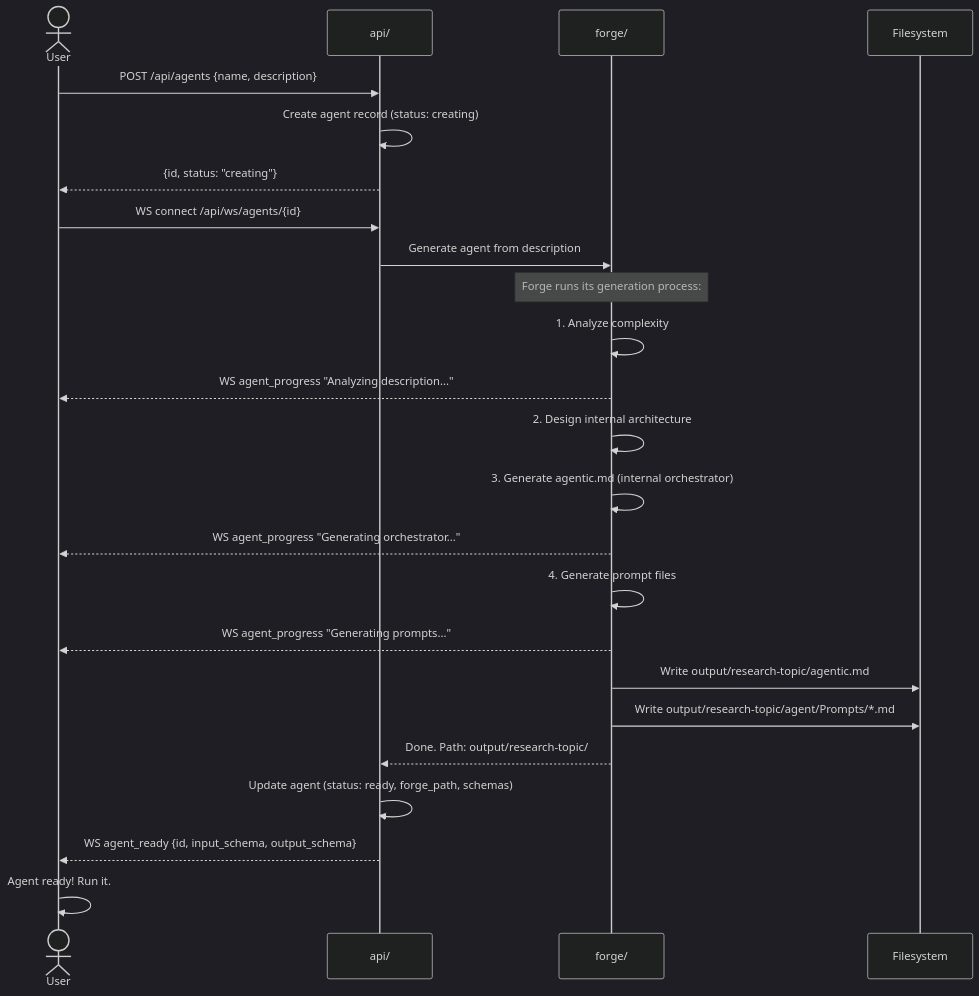
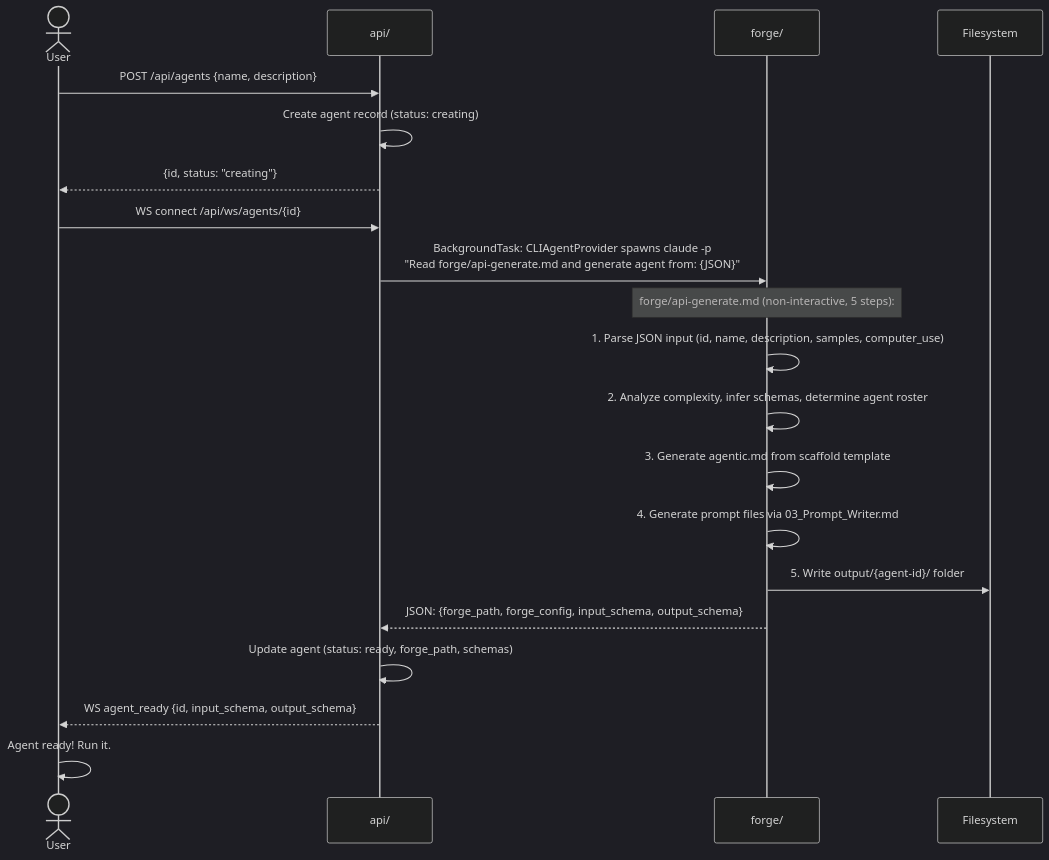
One commit to santiagomd11/Agent-Forge changed the sixth of 8 diagrams in api/docs/PHASE_A_AGENTS.md. Above: the diagram before and after it, drawn with Mermaid (dark theme). The commit also changed other lines of this file and 16 other files, not shown here.

First line of the commit message:
Add forge API integration: agent service, run execution, ID-based folders, and delete cleanup

````diff
--- a/api/docs/PHASE_A_AGENTS.md
+++ b/api/docs/PHASE_A_AGENTS.md
@@ -502,29 +514,25 @@
 ```mermaid
 sequenceDiagram
     actor User
     participant API as api/
     participant Forge as forge/
     participant FS as Filesystem
 
     User->>API: POST /api/agents {name, description}
     API->>API: Create agent record (status: creating)
     API-->>User: {id, status: "creating"}
     User->>API: WS connect /api/ws/agents/{id}
 
-    API->>Forge: Generate agent from description
-    Note over Forge: Forge runs its generation process:
-    Forge->>Forge: 1. Analyze complexity
-    Forge-->>User: WS agent_progress "Analyzing description..."
-    Forge->>Forge: 2. Design internal architecture
-    Forge->>Forge: 3. Generate agentic.md (internal orchestrator)
-    Forge-->>User: WS agent_progress "Generating orchestrator..."
-    Forge->>Forge: 4. Generate prompt files
-    Forge-->>User: WS agent_progress "Generating prompts..."
-    Forge->>FS: Write output/research-topic/agentic.md
-    Forge->>FS: Write output/research-topic/agent/Prompts/*.md
-    Forge-->>API: Done. Path: output/research-topic/
+    API->>Forge: BackgroundTask: CLIAgentProvider spawns claude -p<br/>"Read forge/api-generate.md and generate agent from: {JSON}"
+    Note over Forge: forge/api-generate.md (non-interactive, 5 steps):
+    Forge->>Forge: 1. Parse JSON input (id, name, description, samples, computer_use)
+    Forge->>Forge: 2. Analyze complexity, infer schemas, determine agent roster
+    Forge->>Forge: 3. Generate agentic.md from scaffold template
+    Forge->>Forge: 4. Generate prompt files via 03_Prompt_Writer.md
+    Forge->>FS: 5. Write output/{agent-id}/ folder
+    Forge-->>API: JSON: {forge_path, forge_config, input_schema, output_schema}
 
     API->>API: Update agent (status: ready, forge_path, schemas)
     API-->>User: WS agent_ready {id, input_schema, output_schema}
     User->>User: Agent ready! Run it.
 ```
````
